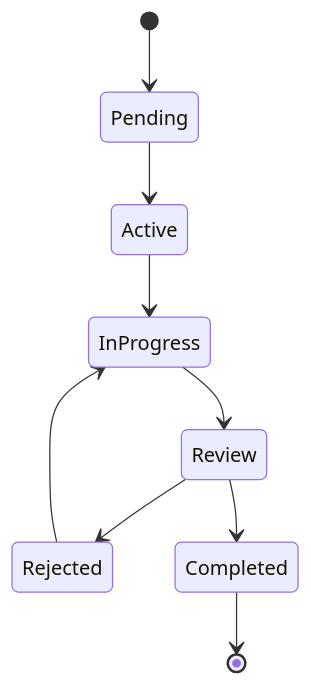
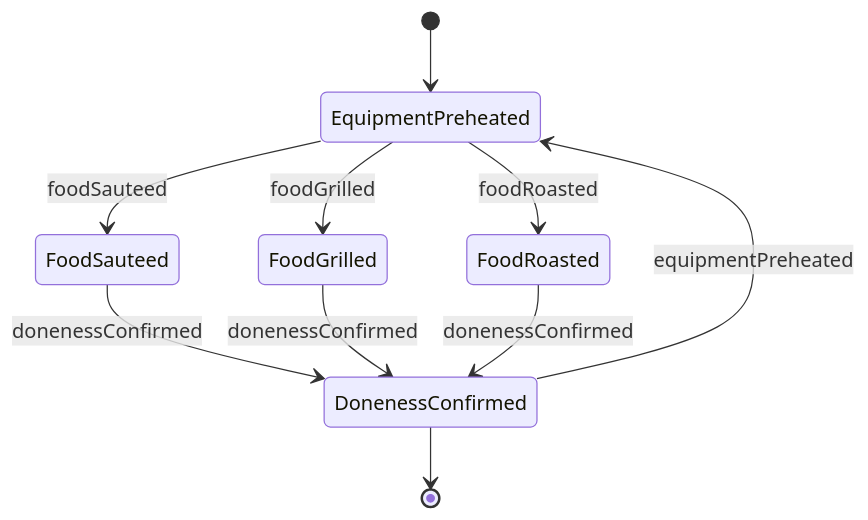
Before and after one commit to dot-org-ai/tasks.org.ai: the second of 4 diagrams in HandlingAndMovingObjects/PrepareFoodsOrBeverages/CookFoods.mdx, drawn with Mermaid. The commit also changed other lines of this file and 515 other files, not shown here.

````diff
--- a/HandlingAndMovingObjects/PrepareFoodsOrBeverages/CookFoods.mdx
+++ b/HandlingAndMovingObjects/PrepareFoodsOrBeverages/CookFoods.mdx
@@ -98,11 +98,12 @@
 ```mermaid
 stateDiagram-v2
-    [*] --> Pending
-    Pending --> Active
-    Active --> InProgress
-    InProgress --> Review
-    Review --> Rejected
-    Rejected --> InProgress
-    Review --> Completed
-    Completed --> [*]
+    [*] --> EquipmentPreheated
+    EquipmentPreheated --> FoodSauteed : foodSauteed
+    EquipmentPreheated --> FoodGrilled : foodGrilled
+    EquipmentPreheated --> FoodRoasted : foodRoasted
+    FoodSauteed --> DonenessConfirmed : donenessConfirmed
+    FoodGrilled --> DonenessConfirmed : donenessConfirmed
+    FoodRoasted --> DonenessConfirmed : donenessConfirmed
+    DonenessConfirmed --> EquipmentPreheated : equipmentPreheated
+    DonenessConfirmed --> [*]
 ```
````
